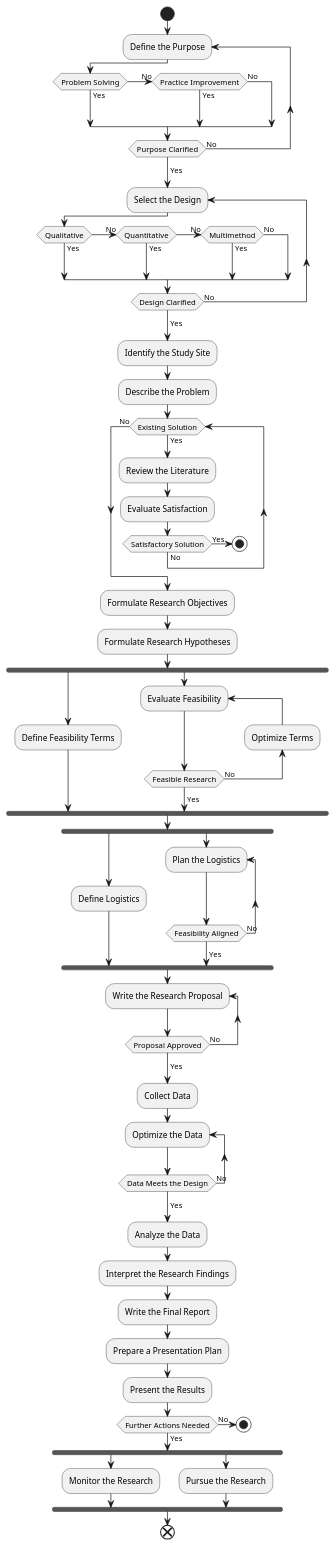
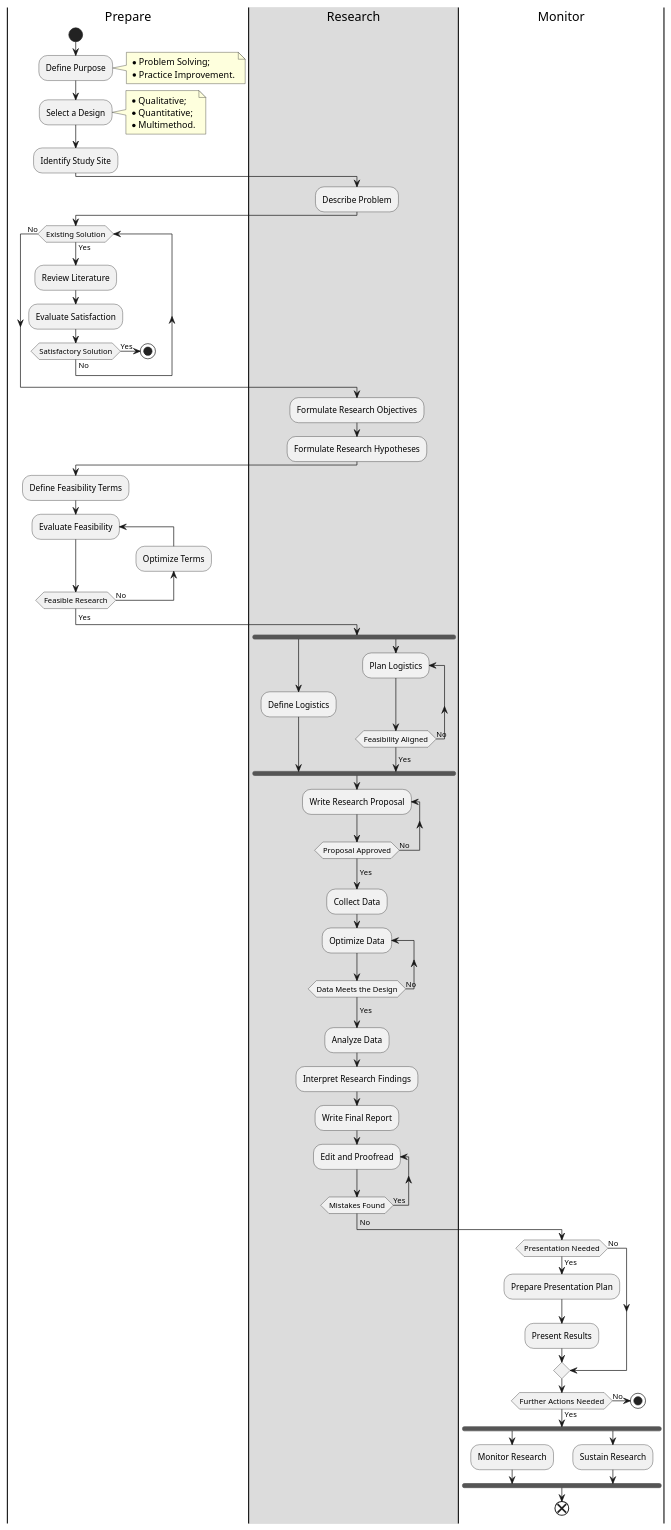
One commit to khasanshadiyarov/ABC changed the diagram in diagrams/applied-research-conduction/applied-research-conduction.md. Above: the diagram before and after it, drawn with PlantUML. The commit also changed 17 other files, not shown here.

Commit message:
Create new diagrams & Format to swimlanes

````diff
--- a/diagrams/applied-research-conduction/applied-research-conduction.md
+++ b/diagrams/applied-research-conduction/applied-research-conduction.md
@@ -11,69 +11,75 @@
 ```plantuml
 @startuml
+|Prepare|
 start
-repeat :Define the Purpose;
-    if (Problem Solving) then (Yes)
-    (No) elseif (Practice Improvement) then (Yes)
-    else (No)
-    endif
-repeat while (Purpose Clarified) is (No)
-->Yes;
-repeat :Select the Design;
-    if (Qualitative) then (Yes)
-    (No) elseif (Quantitative) then (Yes)
-    (No) elseif (Multimethod) then (Yes)
-    else (No)
-    endif
-repeat while (Design Clarified) is (No)
-->Yes;
-:Identify the Study Site;
-:Describe the Problem;
+:Define Purpose;
+note right
+    * Problem Solving;
+    * Practice Improvement.
+endnote
+:Select a Design;
+note right
+    * Qualitative;
+    * Quantitative;
+    * Multimethod.
+endnote
+:Identify Study Site;
+|Research|
+:Describe Problem;
+|Prepare|
 while (Existing Solution) is (Yes)
-    :Review the Literature;
+    :Review Literature;
     :Evaluate Satisfaction;
     if (Satisfactory Solution) then (Yes)
         stop
     else (No)
     endif
 endwhile (No)
+|#gainsboro|Research|
 :Formulate Research Objectives;
 :Formulate Research Hypotheses;
-fork
-    :Define Feasibility Terms;
-fork again
-    repeat :Evaluate Feasibility;
-    backward:Optimize Terms;
-    repeat while (Feasible Research) is (No)
-    ->Yes;
-endfork
+|Prepare|
+:Define Feasibility Terms;
+repeat :Evaluate Feasibility;
+backward:Optimize Terms;
+repeat while (Feasible Research) is (No)
+->Yes;
+|Research|
 fork
     :Define Logistics;
 fork again
-    repeat :Plan the Logistics;
+    repeat :Plan Logistics;
     repeat while (Feasibility Aligned) is (No)
     ->Yes;
 endfork
-repeat :Write the Research Proposal;
+repeat :Write Research Proposal;
 repeat while (Proposal Approved) is (No)
 ->Yes;
 :Collect Data;
-repeat :Optimize the Data;
+repeat :Optimize Data;
 repeat while (Data Meets the Design) is (No)
 ->Yes;
-:Analyze the Data;
-:Interpret the Research Findings;
-:Write the Final Report;
-:Prepare a Presentation Plan;
-:Present the Results;
+:Analyze Data;
+:Interpret Research Findings;
+:Write Final Report;
+repeat :Edit and Proofread;
+repeat while (Mistakes Found) is (Yes)
+->No;
+|Monitor|
+if (Presentation Needed) then (Yes)
+    :Prepare Presentation Plan;
+    :Present Results;
+else (No)
+endif
 if (Further Actions Needed) then (Yes)
     fork
-        :Monitor the Research;
+        :Monitor Research;
     fork again
-        :Pursue the Research;
+        :Sustain Research;
     endfork
     end
 else (No)
     stop
 endif
 @enduml
 ```
````
